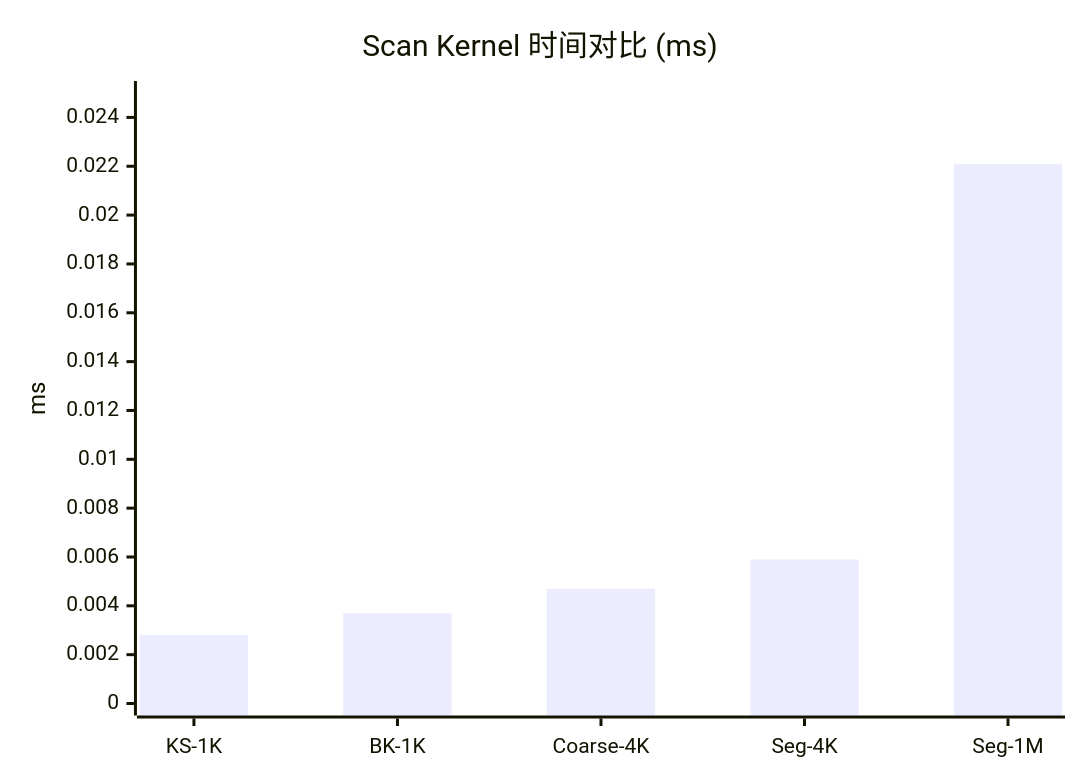
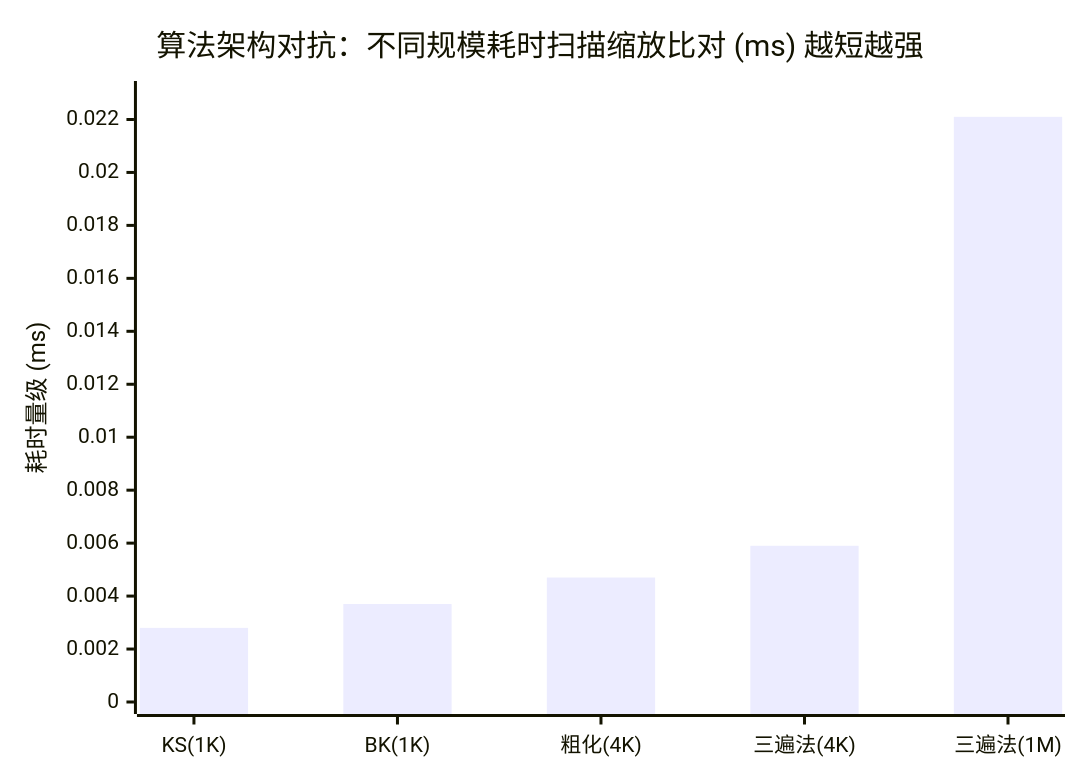
The third of 3 diagrams in Blogs/03_Scan_Kogge_Stone_and_MultiBlock.md (psmarter/CUDA-Practice), drawn with Mermaid before and after one commit. The commit also changed other lines of this file and 14 other files, not shown here.

````diff
--- a/Blogs/03_Scan_Kogge_Stone_and_MultiBlock.md
+++ b/Blogs/03_Scan_Kogge_Stone_and_MultiBlock.md
@@ -170,7 +220,7 @@
 ```mermaid
 xychart-beta
-  title "Scan Kernel 时间对比 (ms)"
-  x-axis ["KS-1K", "BK-1K", "Coarse-4K", "Seg-4K", "Seg-1M"]
-  y-axis "ms" 0 --> 0.025
+  title "算法架构对抗：不同规模耗时扫描缩放比对 (ms) 越短越强"
+  x-axis ["KS(1K)", "BK(1K)", "粗化(4K)", "三遍法(4K)", "三遍法(1M)"]
+  y-axis "耗时量级 (ms)" 0 --> 0.023
   bar [0.0028, 0.0037, 0.0047, 0.0059, 0.0221]
 ```
````
